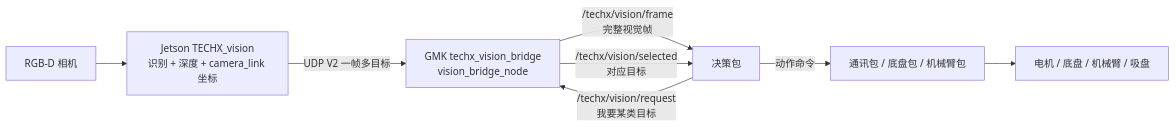
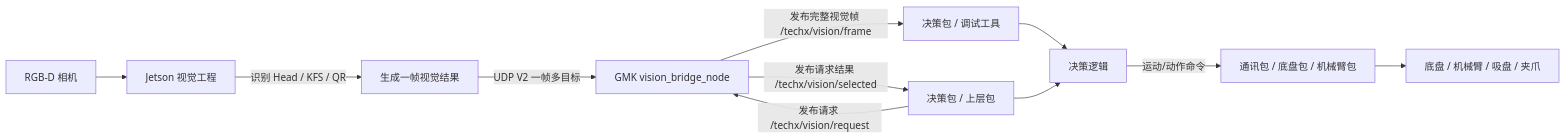
The diagram in README.md (cyruscheng88011-creator/TECHX_Robocon_GMK_Rx), drawn with Mermaid before and after one commit. The commit also changed other lines of this file, not shown here.

Commit message:
Rewrite GMK README as visual beginner guide

````diff
--- a/README.md
+++ b/README.md
@@ -74,10 +65,15 @@
 ```mermaid
 flowchart LR
-    CAM[RGB-D 相机] --> JETSON[Jetson TECHX_vision\n识别 + 深度 + camera_link 坐标]
-    JETSON -- UDP V2 一帧多目标 --> GMK[GMK techx_vision_bridge\nvision_bridge_node]
-    GMK -- /techx/vision/frame\n完整视觉帧 --> DECISION[决策包]
-    DECISION -- /techx/vision/request\n我要某类目标 --> GMK
-    GMK -- /techx/vision/selected\n对应目标 --> DECISION
-    DECISION -- 动作命令 --> COMM[通讯包 / 底盘包 / 机械臂包]
-    COMM --> ACT[电机 / 底盘 / 机械臂 / 吸盘]
+    A[RGB-D 相机] --> B[Jetson 视觉工程]
+    B -->|识别 Head / KFS / QR| C[生成一帧视觉结果]
+    C -->|UDP V2 一帧多目标| D[GMK vision_bridge_node]
+
+    D -->|发布完整视觉帧 /techx/vision/frame| E[决策包 / 调试工具]
+    F[决策包 / 上层包] -->|发布请求 /techx/vision/request| D
+    D -->|发布请求结果 /techx/vision/selected| F
+
+    E --> G[决策逻辑]
+    F --> G
+    G -->|运动/动作命令| H[通讯包 / 底盘包 / 机械臂包]
+    H --> I[底盘 / 机械臂 / 吸盘 / 夹爪]
 ```
````
